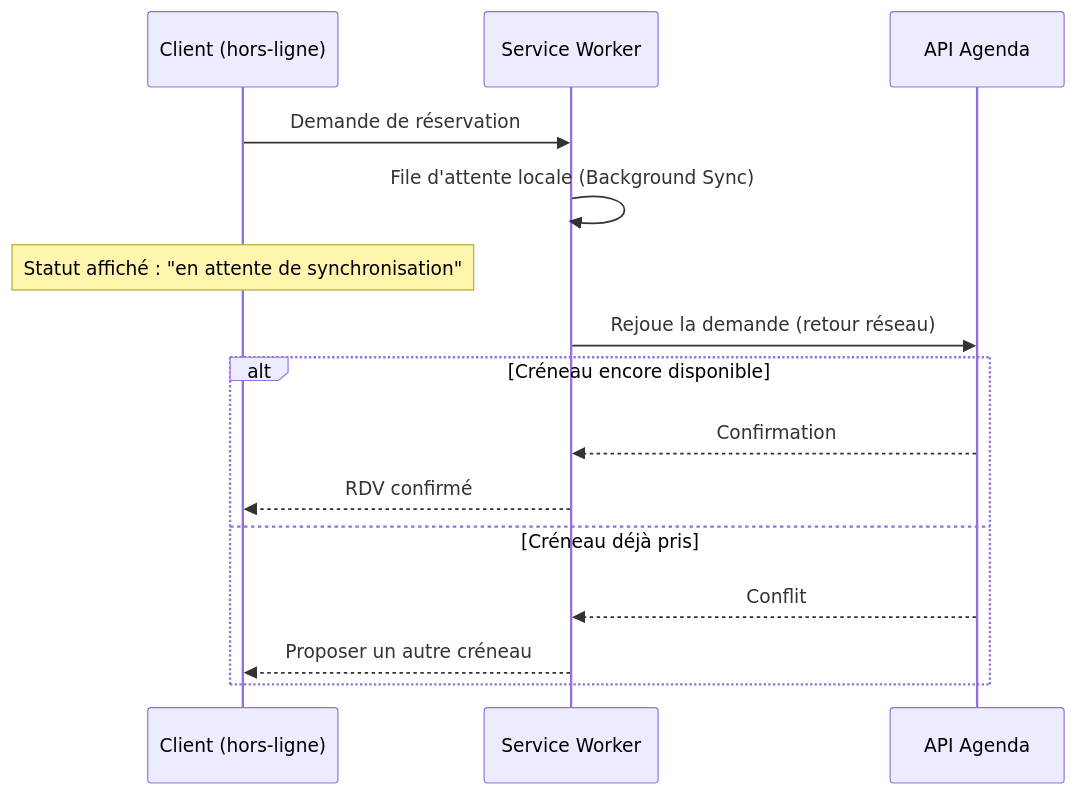
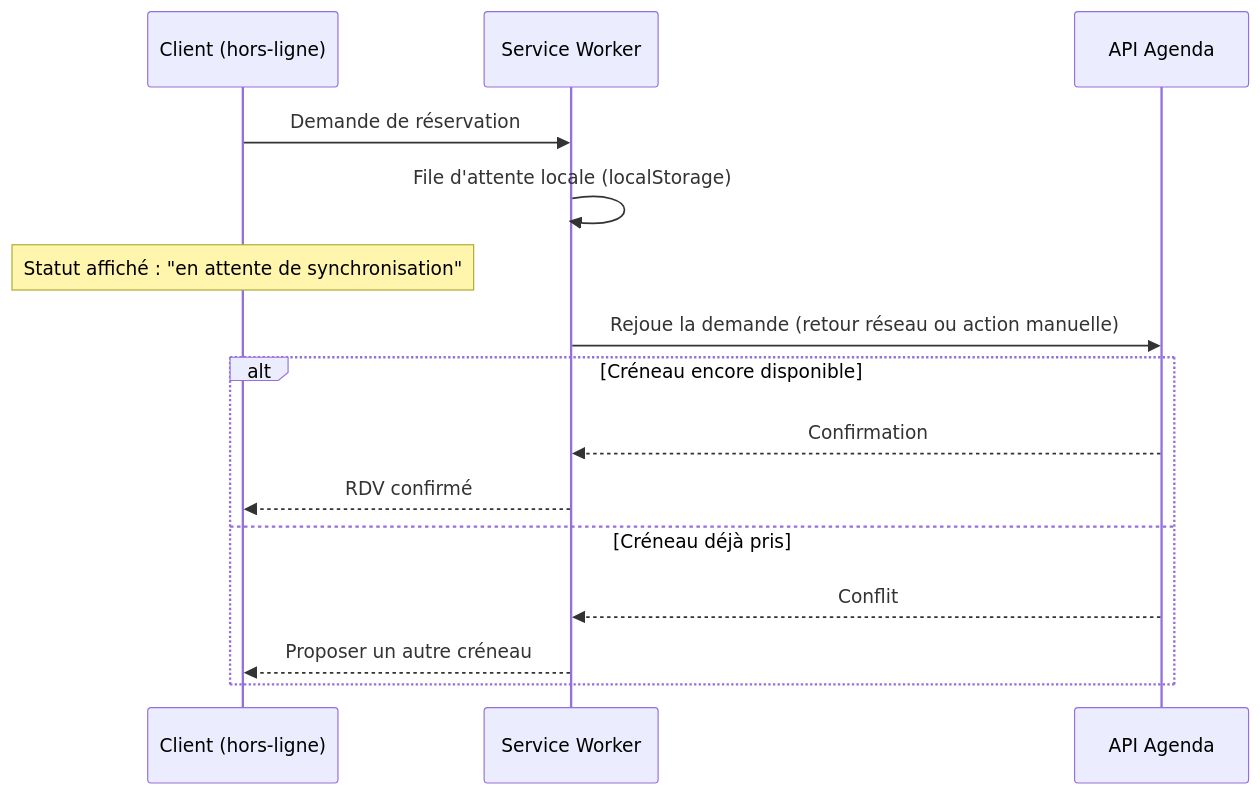
Before and after one commit to remytreflest/heuristique_et_compromis: the seventh of 7 diagrams in dossier/dossier-architecture-logicielle.md, drawn with Mermaid. The commit also changed other lines of this file and 7 other files, not shown here.

````diff
--- a/dossier/dossier-architecture-logicielle.md
+++ b/dossier/dossier-architecture-logicielle.md
@@ -259,17 +259,17 @@
 ```mermaid
 sequenceDiagram
   participant U as Client (hors-ligne)
   participant SW as Service Worker
   participant API as API Agenda
   U->>SW: Demande de réservation
-  SW->>SW: File d'attente locale (Background Sync)
+  SW->>SW: File d'attente locale (localStorage)
   Note over U: Statut affiché : "en attente de synchronisation"
-  SW->>API: Rejoue la demande (retour réseau)
+  SW->>API: Rejoue la demande (retour réseau ou action manuelle)
   alt Créneau encore disponible
     API-->>SW: Confirmation
     SW-->>U: RDV confirmé
   else Créneau déjà pris
     API-->>SW: Conflit
     SW-->>U: Proposer un autre créneau
   end
 ```
````
